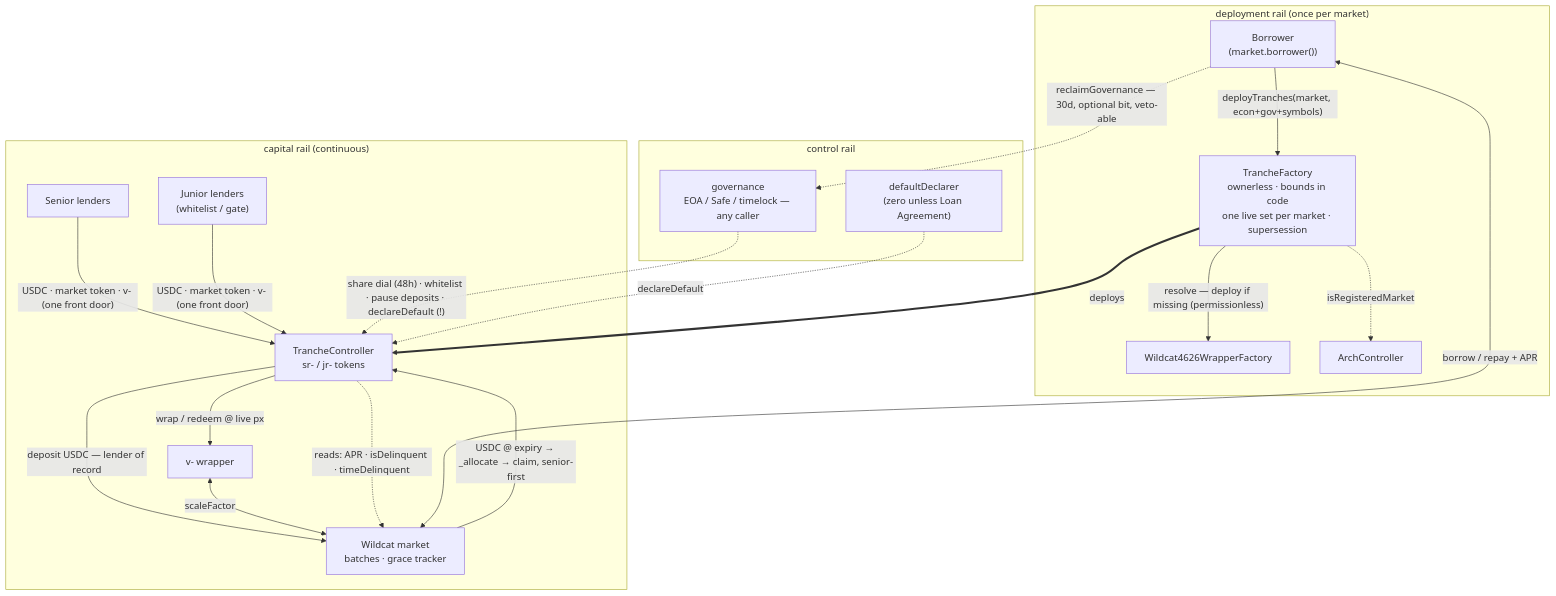
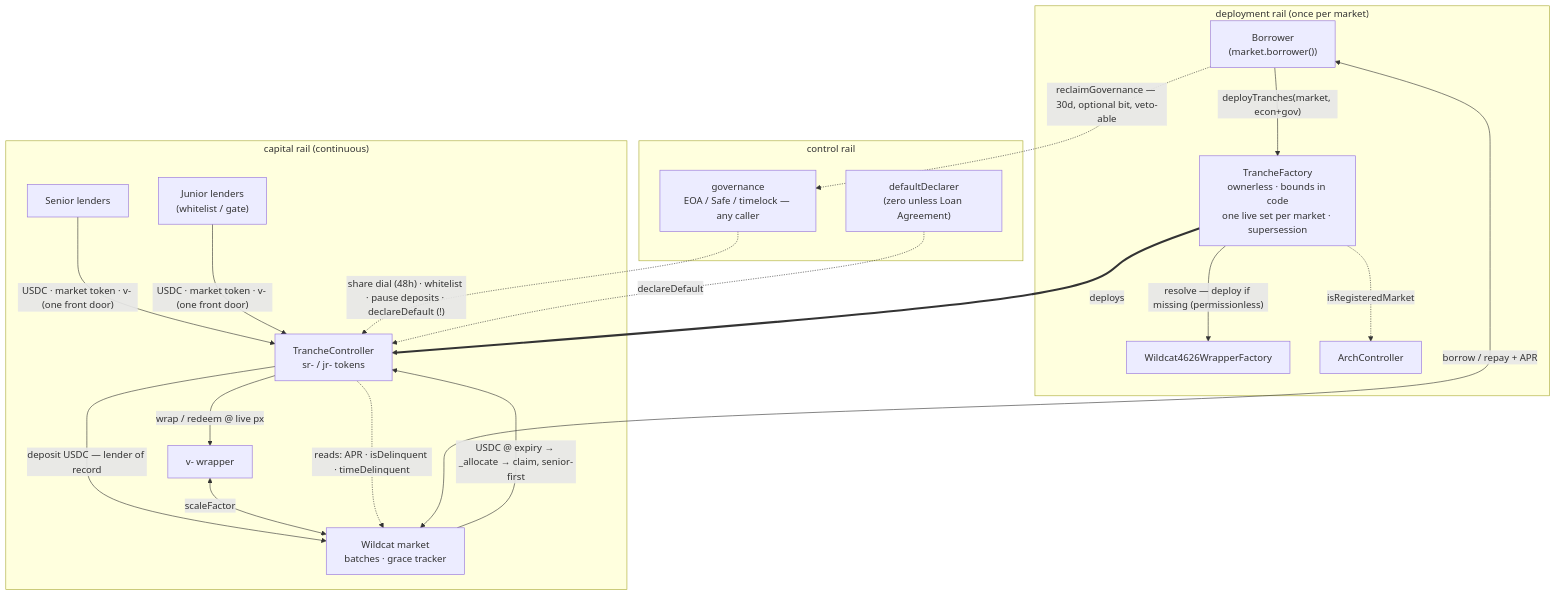
One commit to wildcat-finance/wildcat-tranching changed the diagram in report/Deployment-Access-Governance-Notes.md. Above: the diagram before and after it, drawn with Mermaid. The commit also changed other lines of this file and 15 other files, not shown here.

````diff
--- a/report/Deployment-Access-Governance-Notes.md
+++ b/report/Deployment-Access-Governance-Notes.md
@@ -99,38 +99,38 @@
 ```mermaid
 flowchart TB
   subgraph DEPLOY["deployment rail (once per market)"]
     BORROWER["Borrower\n(market.borrower())"]
     TF["TrancheFactory\nownerless · bounds in code\none live set per market · supersession"]
     WF["Wildcat4626WrapperFactory"]
     ARCH["ArchController"]
-    BORROWER -->|"deployTranches(market, econ+gov+symbols)"| TF
+    BORROWER -->|"deployTranches(market, econ+gov)"| TF
     TF -->|"resolve — deploy if missing (permissionless)"| WF
     TF -.->|"isRegisteredMarket"| ARCH
   end
 
   subgraph CAPITAL["capital rail (continuous)"]
     SL["Senior lenders"]
     JL["Junior lenders\n(whitelist / gate)"]
     TC["TrancheController\nsr- / jr- tokens"]
     W["v- wrapper"]
     M["Wildcat market\nbatches · grace tracker"]
     SL -->|"USDC · market token · v- (one front door)"| TC
     JL -->|"USDC · market token · v- (one front door)"| TC
     TC -->|"deposit USDC — lender of record"| M
     TC -->|"wrap / redeem @ live px"| W
     W <-->|"scaleFactor"| M
     M <-->|"borrow / repay + APR"| BORROWER
     M -->|"USDC @ expiry → _allocate → claim, senior-first"| TC
     TC -.->|"reads: APR · isDelinquent · timeDelinquent"| M
   end
 
   subgraph CONTROL["control rail"]
     GOV["governance\nEOA / Safe / timelock — any caller"]
     DD["defaultDeclarer\n(zero unless Loan Agreement)"]
     GOV -.->|"share dial (48h) · whitelist · pause deposits · declareDefault (!)"| TC
     DD -.->|"declareDefault"| TC
     BORROWER -.->|"reclaimGovernance — 30d, optional bit, veto-able"| GOV
   end
 
   TF ==>|"deploys"| TC
 ```
````
